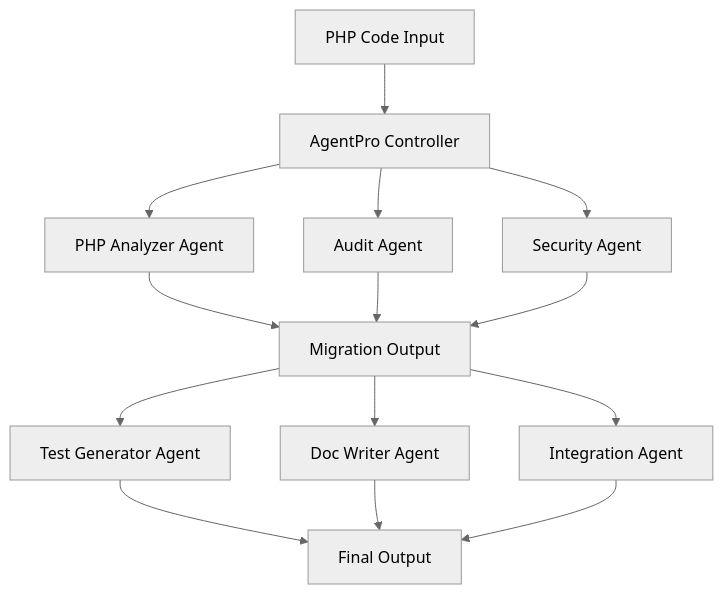
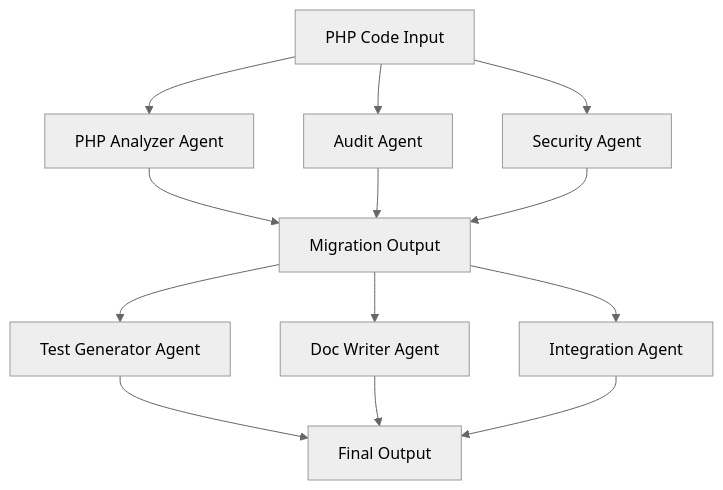
One commit to Hiba-Chaabnia/Traversaal-x-Optimized-AI-Hackathon changed the diagram in README.md. Above: the diagram before and after it, drawn with Mermaid (neutral theme). The commit also changed other lines of this file, not shown here.

````diff
--- a/README.md
+++ b/README.md
@@ -28,16 +28,15 @@
 ```mermaid
 graph TD
-    A[PHP Code Input] --> B[AgentPro Controller]
-    B --> C[PHP Analyzer Agent]
-    B --> D[Audit Agent]
-    B --> E[Security Agent]
-    C --> F[Migration Output]
+    A[PHP Code Input] --> B[PHP Analyzer Agent]
+    A --> D[Audit Agent]
+    A --> E[Security Agent]
+    B --> F[Migration Output]
     D --> F
     E --> F
     F --> G[Test Generator Agent]
     F --> H[Doc Writer Agent]
     F --> I[Integration Agent]
     G --> J[Final Output]
     H --> J
     I --> J
 ```
````
